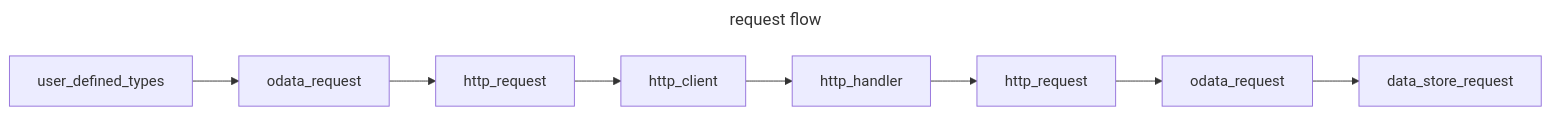
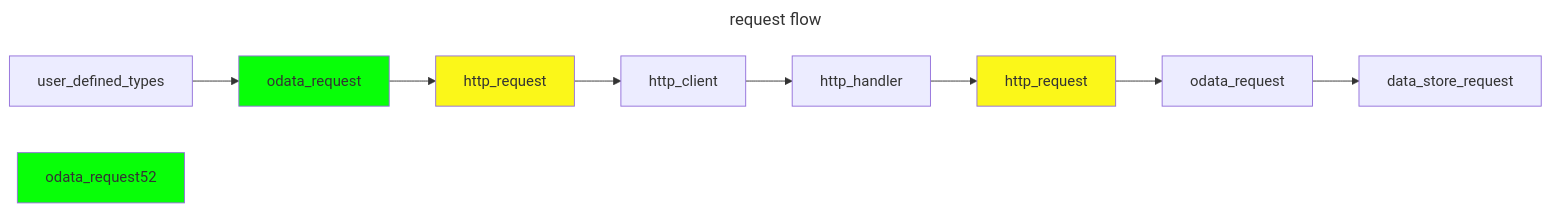
One commit to OData/odata.net changed the first of 2 diagrams in docs/architecture.md. Above: the diagram before and after it, drawn with Mermaid.

````diff
--- a/docs/architecture.md
+++ b/docs/architecture.md
@@ -221,22 +221,27 @@
 ```mermaid
 ---
 title: request flow
 ---
 flowchart LR
     user_defined_types
     odata_request1[odata_request]
     http_request1[http_request]
     http_client
     http_handler
     http_request2[http_request]
     odata_request2[odata_request]
     data_store_request
 
     user_defined_types --> odata_request1
     odata_request1 --> http_request1
     http_request1 --> http_client
     http_client --> http_handler
     http_handler --> http_request2
     http_request2 --> odata_request2
     odata_request2 --> data_store_request
+
+    style odata_request1 fill:#08FF08
+    style odata_request52 fill:#08FF08
+    style http_request1 fill:#FBF719
+    style http_request2 fill:#FBF719
 ```
````
